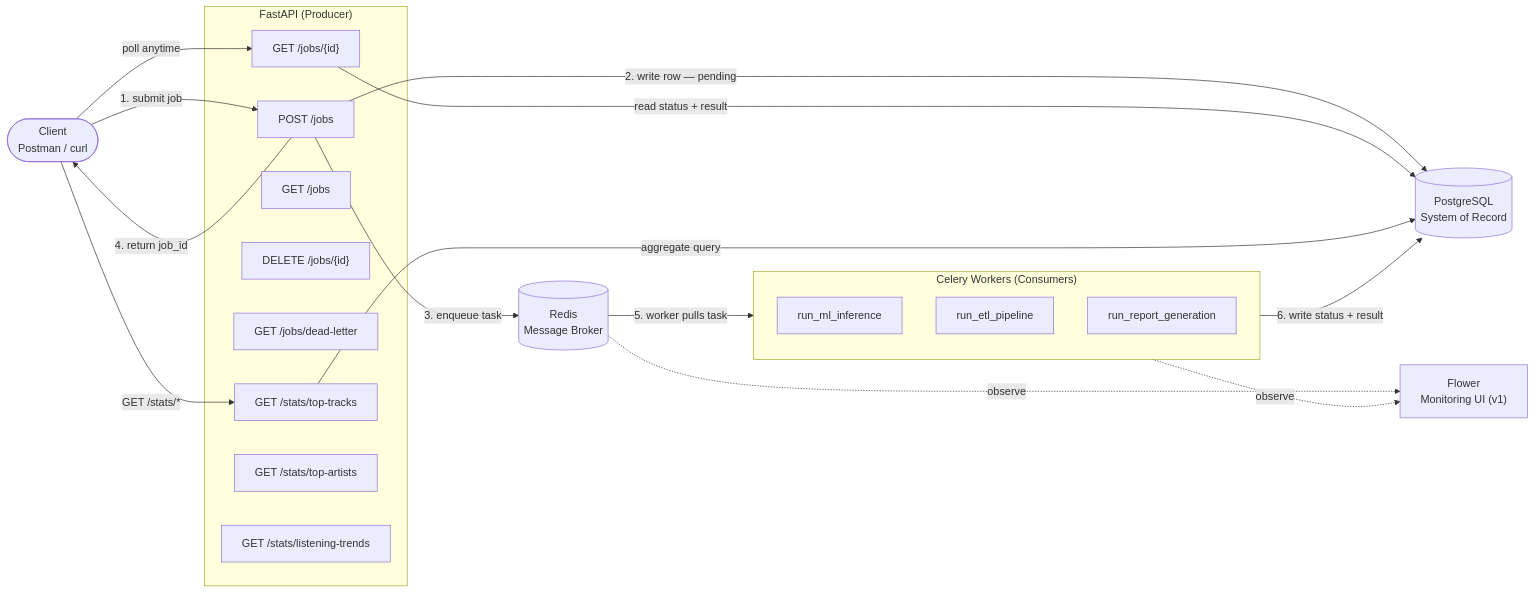
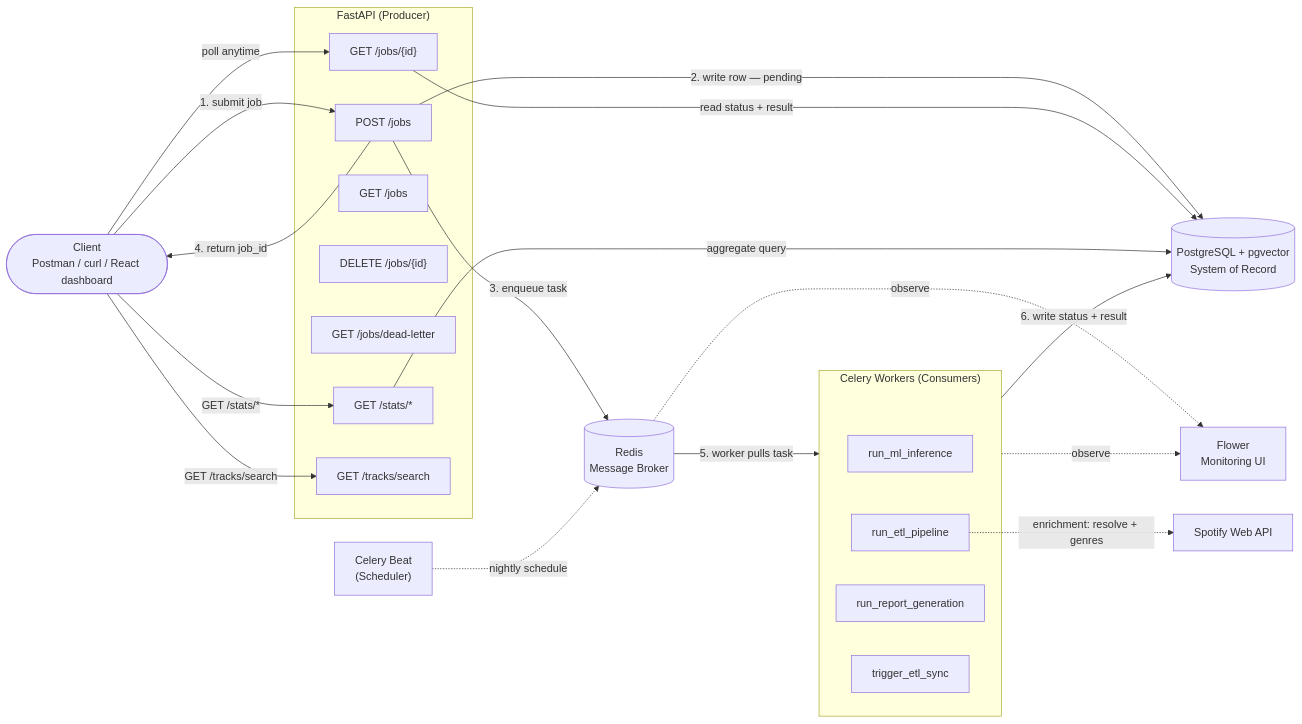
One commit to krishsomi021/Maestro-AI-Powered-Music-Intelligence-Platform changed the first of 2 diagrams in docs/architecture.md. Above: the diagram before and after it, drawn with Mermaid. The commit also changed other lines of this file, not shown here.

````diff
--- a/docs/architecture.md
+++ b/docs/architecture.md
@@ -22,43 +23,49 @@
 ```mermaid
 flowchart LR
-    Client([Client\nPostman / curl])
+    Client([Client\nPostman / curl / React dashboard])
 
     subgraph API["FastAPI (Producer)"]
         EP1["POST /jobs"]
         EP2["GET /jobs/{id}"]
         EP3["GET /jobs"]
         EP4["DELETE /jobs/{id}"]
         EP5["GET /jobs/dead-letter"]
-        EP6["GET /stats/top-tracks"]
-        EP7["GET /stats/top-artists"]
-        EP8["GET /stats/listening-trends"]
+        EP6["GET /stats/*"]
+        EP9["GET /tracks/search"]
     end
 
+    Beat["Celery Beat\n(Scheduler)"]
     Broker[("Redis\nMessage Broker")]
 
     subgraph Workers["Celery Workers (Consumers)"]
         W1["run_ml_inference"]
         W2["run_etl_pipeline"]
         W3["run_report_generation"]
+        W4["trigger_etl_sync"]
     end
 
-    DB[("PostgreSQL\nSystem of Record")]
-    Flower["Flower\nMonitoring UI (v1)"]
+    DB[("PostgreSQL + pgvector\nSystem of Record")]
+    Spotify["Spotify Web API"]
+    Flower["Flower\nMonitoring UI"]
 
     Client -->|"1. submit job"| EP1
     EP1 -->|"2. write row — pending"| DB
     EP1 -->|"3. enqueue task"| Broker
     EP1 -->|"4. return job_id"| Client
 
+    Beat -.->|"nightly schedule"| Broker
     Broker -->|"5. worker pulls task"| Workers
     Workers -->|"6. write status + result"| DB
+    W2 -.->|"enrichment: resolve + genres"| Spotify
 
     Client -->|"poll anytime"| EP2
     EP2 -->|"read status + result"| DB
 
     Client -->|"GET /stats/*"| EP6
     EP6 -->|"aggregate query"| DB
 
+    Client -->|"GET /tracks/search"| EP9
+
     Broker -.->|"observe"| Flower
     Workers -.->|"observe"| Flower
 ```
````
